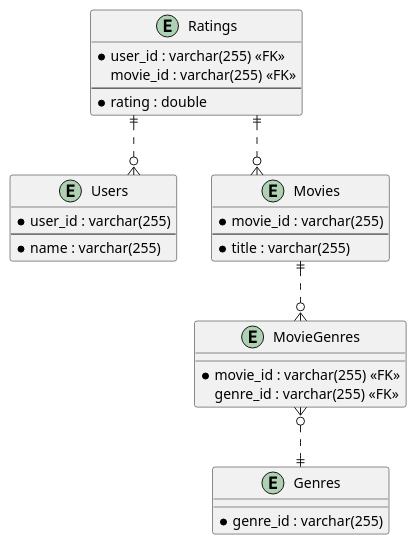
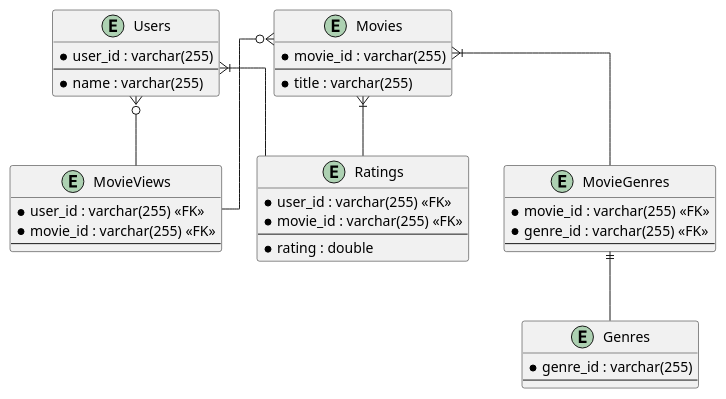
One commit to AlejoGarat/Mubify changed the diagram in docs/erd.puml. Above: the diagram before and after it, drawn with PlantUML.

Commit message:
update erd

```diff
--- a/docs/erd.puml
+++ b/docs/erd.puml
@@ -1,40 +1,50 @@
 @startuml
 ' hide the spot
 ' hide circle
 
 ' avoid problems with angled crows feet
 skinparam linetype ortho
 
 entity "Users" as users {
   *user_id : varchar(255)
   --
   *name : varchar(255)
 }
 
 entity "Movies" as movies {
   *movie_id : varchar(255)
   --
   *title : varchar(255)
 }
 
 entity "Genres" as genres {
   *genre_id : varchar(255)
+  --
 }
 
 entity "MovieGenres" as Mgenres {
   *movie_id : varchar(255) <<FK>>
-   genre_id : varchar(255) <<FK>>
+  *genre_id : varchar(255) <<FK>>
+  --
 }
 
 entity "Ratings" as ratings {
   *user_id : varchar(255) <<FK>>
-   movie_id : varchar(255) <<FK>>
+  *movie_id : varchar(255) <<FK>>
   --
   *rating : double
 }
 
-ratings ||..o{ users
-ratings ||..o{ movies   
-movies ||..o{ Mgenres
-Mgenres }o..|| genres
+entity "MovieViews" as views {
+  *user_id : varchar(255) <<FK>>
+  *movie_id : varchar(255) <<FK>>
+  --
+}
+
+users }|-- ratings
+movies }|-- ratings 
+movies }|-- Mgenres
+Mgenres ||-- genres
+users }o-- views
+movies }o-- views
 @enduml
```
